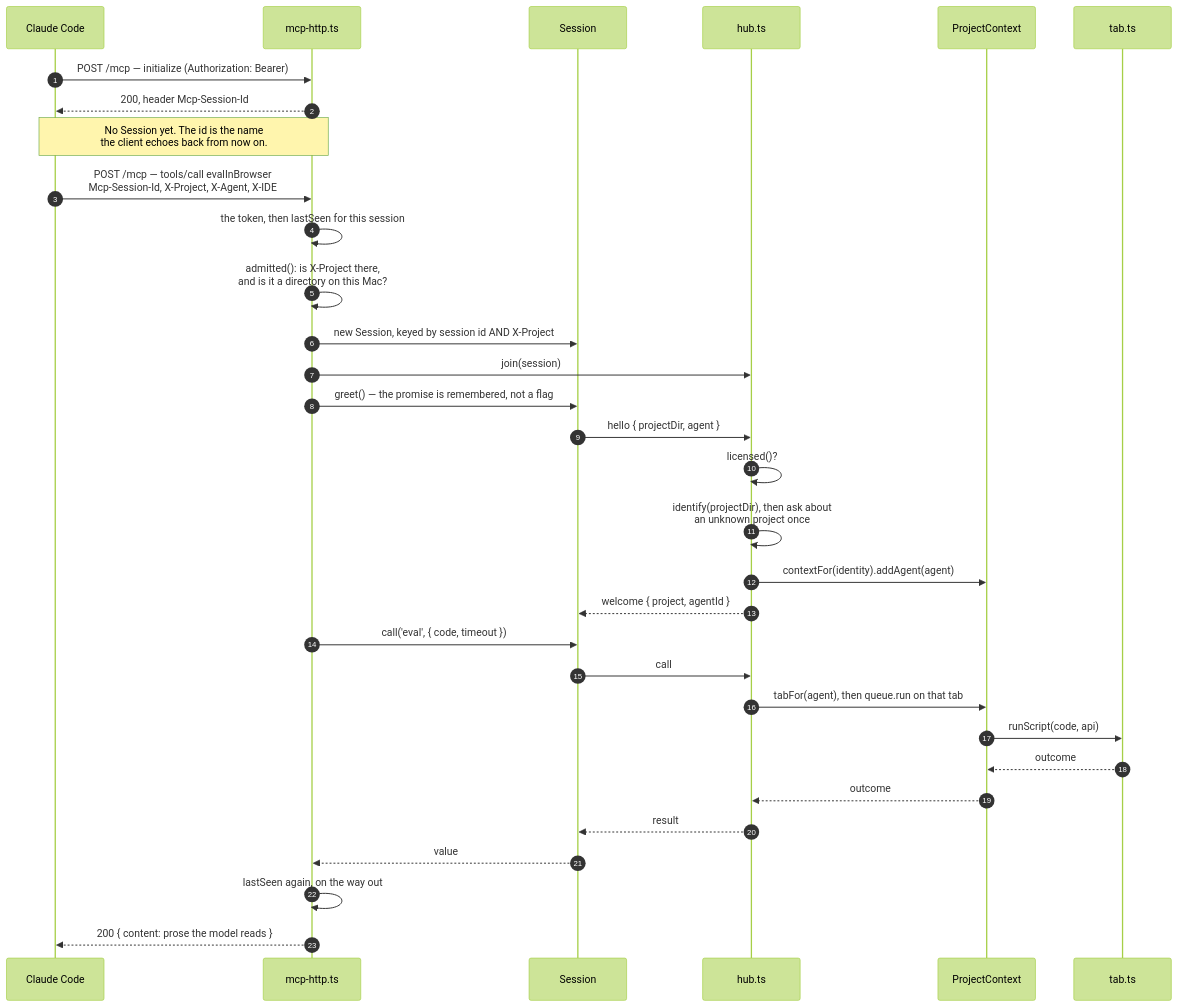
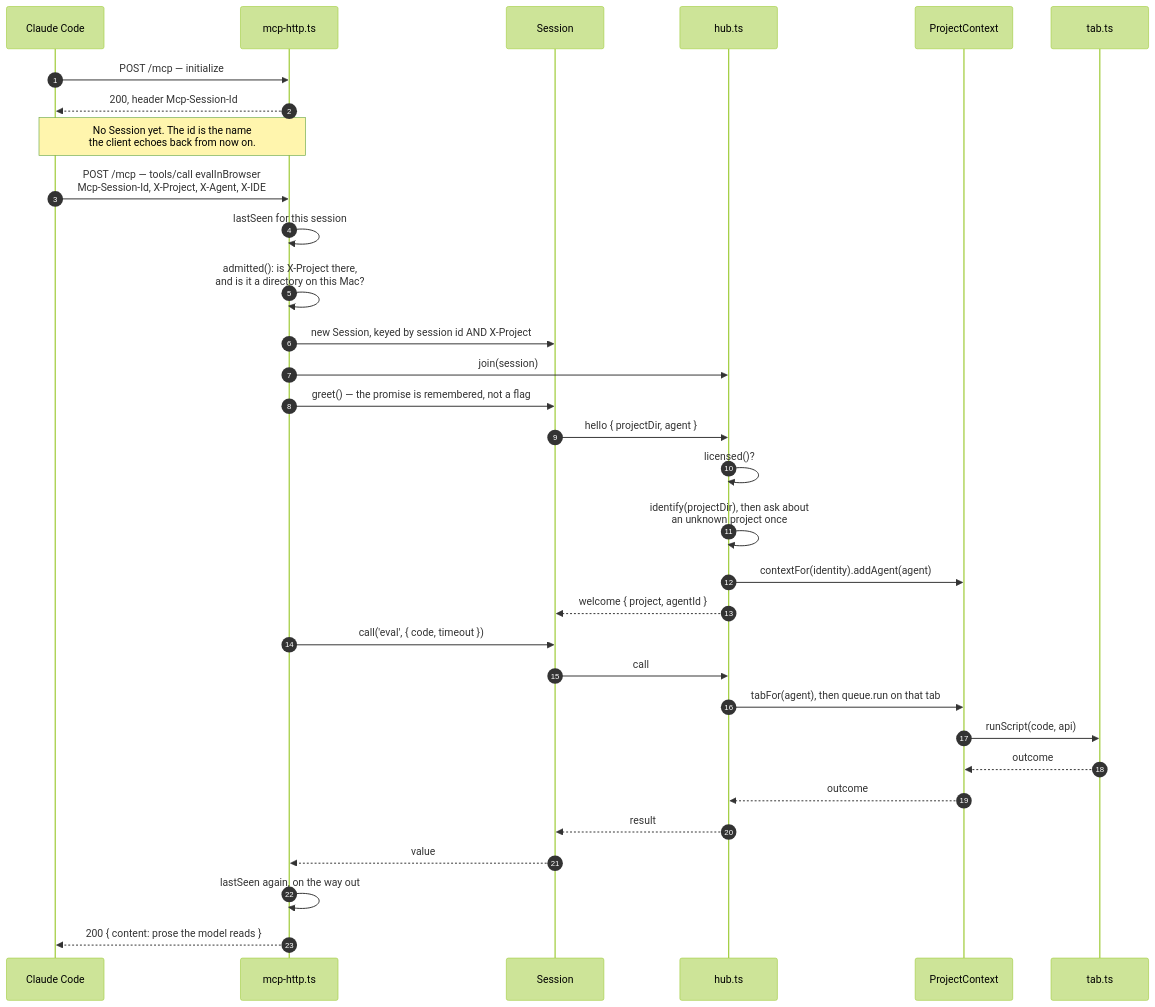
The first of 4 diagrams in documents/how-a-session-works.md (korchasa/naoba-agent-browser), drawn with Mermaid (forest theme) before and after one commit. The commit also changed other lines of this file and 14 other files, not shown here.

````diff
--- a/documents/how-a-session-works.md
+++ b/documents/how-a-session-works.md
@@ -15,36 +15,36 @@
 ```mermaid
 sequenceDiagram
     autonumber
     participant IDE as Claude Code
     participant HTTP as mcp-http.ts
     participant S as Session
     participant Hub as hub.ts
     participant Ctx as ProjectContext
     participant Tab as tab.ts
 
-    IDE->>HTTP: POST /mcp — initialize (Authorization: Bearer)
+    IDE->>HTTP: POST /mcp — initialize
     HTTP-->>IDE: 200, header Mcp-Session-Id
     Note over IDE,HTTP: No Session yet. The id is the name<br/>the client echoes back from now on.
 
     IDE->>HTTP: POST /mcp — tools/call evalInBrowser<br/>Mcp-Session-Id, X-Project, X-Agent, X-IDE
-    HTTP->>HTTP: the token, then lastSeen for this session
+    HTTP->>HTTP: lastSeen for this session
     HTTP->>HTTP: admitted(): is X-Project there,<br/>and is it a directory on this Mac?
     HTTP->>S: new Session, keyed by session id AND X-Project
     HTTP->>Hub: join(session)
     HTTP->>S: greet() — the promise is remembered, not a flag
     S->>Hub: hello { projectDir, agent }
     Hub->>Hub: licensed()?
     Hub->>Hub: identify(projectDir), then ask about<br/>an unknown project once
     Hub->>Ctx: contextFor(identity).addAgent(agent)
     Hub-->>S: welcome { project, agentId }
     HTTP->>S: call('eval', { code, timeout })
     S->>Hub: call
     Hub->>Ctx: tabFor(agent), then queue.run on that tab
     Ctx->>Tab: runScript(code, api)
     Tab-->>Ctx: outcome
     Ctx-->>Hub: outcome
     Hub-->>S: result
     S-->>HTTP: value
     HTTP->>HTTP: lastSeen again, on the way out
     HTTP-->>IDE: 200 { content: prose the model reads }
 ```
````
